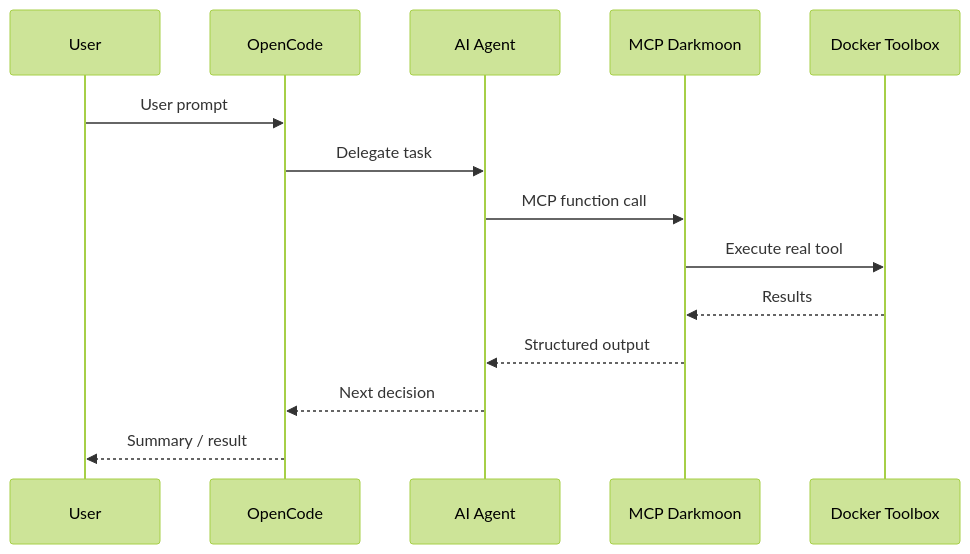
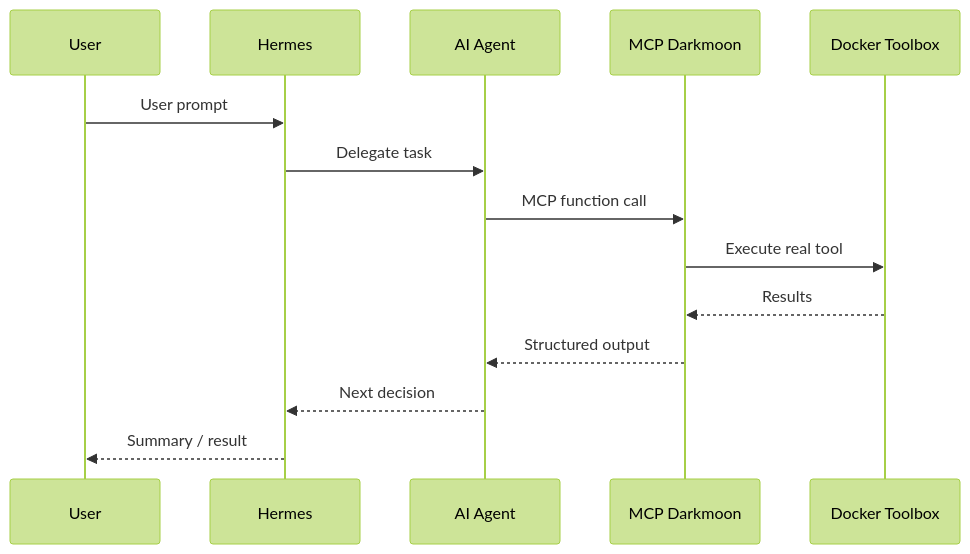
One commit to newrecycle/Dark-Moon changed the second of 3 diagrams in docs/full.md. Above: the diagram before and after it, drawn with Mermaid (forest theme). The commit also changed other lines of this file and 28 other files, not shown here.

Commit message:
:recycle: refactor: remove OpenCode dependencies and add browser runtime

````diff
--- a/docs/full.md
+++ b/docs/full.md
@@ -1545,17 +1548,17 @@
 ```mermaid
 sequenceDiagram
   participant U as User
-  participant O as OpenCode
+  participant O as Hermes
   participant A as AI Agent
   participant M as MCP Darkmoon
   participant T as Docker Toolbox
 
   U->>O: User prompt
   O->>A: Delegate task
   A->>M: MCP function call
   M->>T: Execute real tool
   T-->>M: Results
   M-->>A: Structured output
   A-->>O: Next decision
   O-->>U: Summary / result
 ```
````
